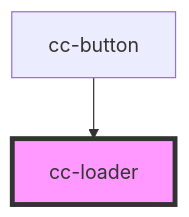
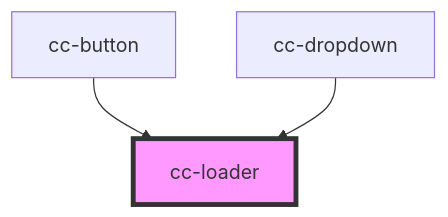
The diagram in packages/core/src/components/cc-loader/readme.md (lacafetalab/cafeta-components), drawn with Mermaid before and after one commit. The commit also changed other lines of this file and 10 other files, not shown here.

````diff
--- a/packages/core/src/components/cc-loader/readme.md
+++ b/packages/core/src/components/cc-loader/readme.md
@@ -22,5 +23,6 @@
 ```mermaid
 graph TD;
   cc-button --> cc-loader
+  cc-dropdown --> cc-loader
   style cc-loader fill:#f9f,stroke:#333,stroke-width:4px
 ```
````
